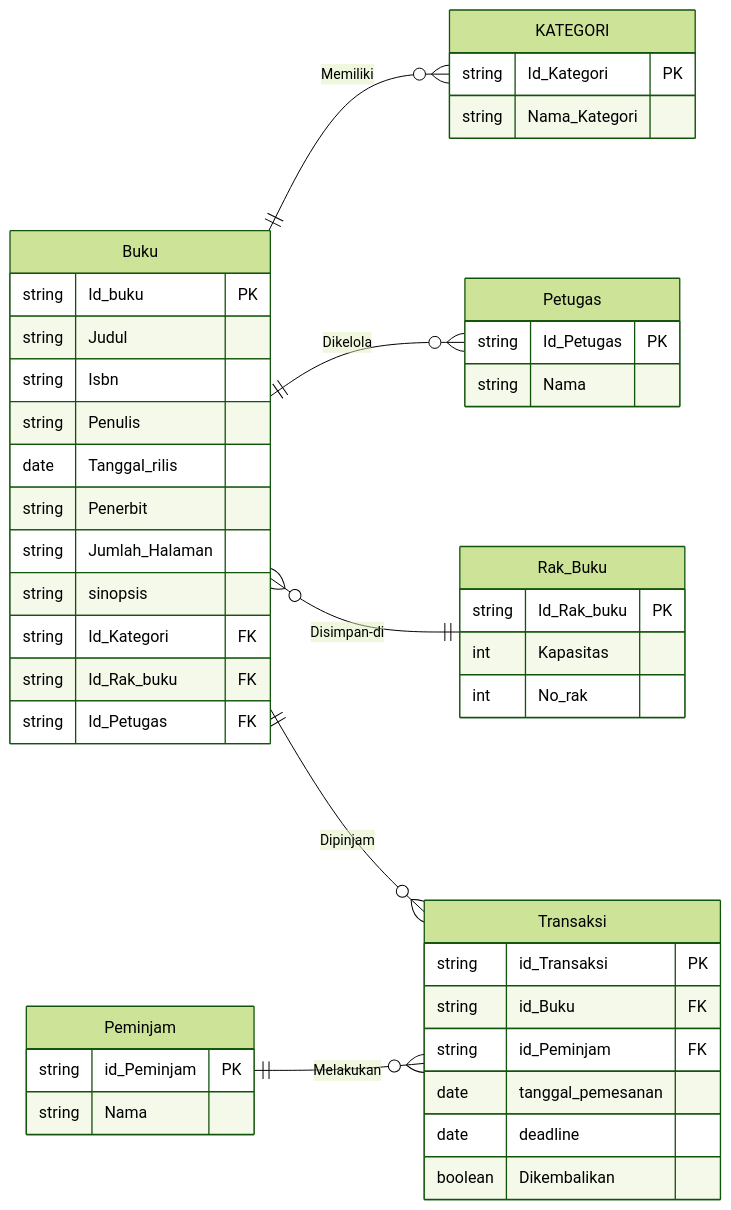
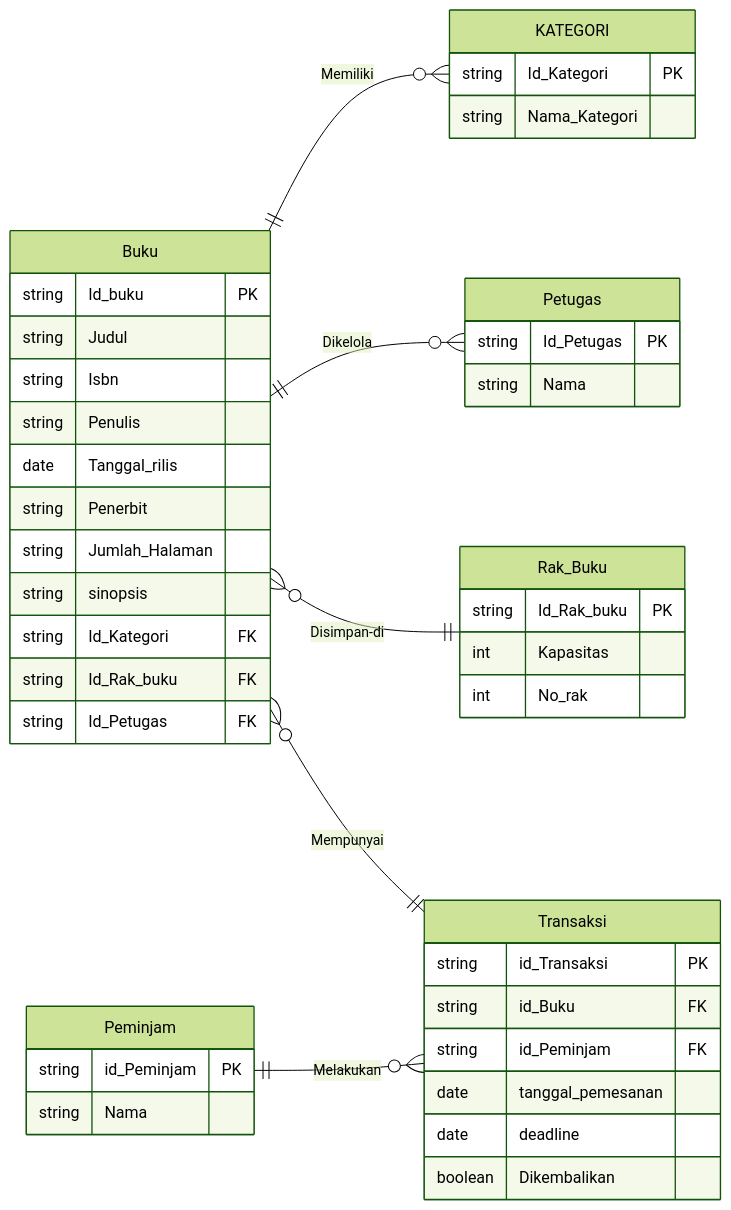
Before and after one commit to HN721/fgo24-db-erd: the diagram in readme.md, drawn with Mermaid (forest theme). The commit also changed other lines of this file, not shown here.

````diff
--- a/readme.md
+++ b/readme.md
@@ -4,56 +5,56 @@
 ```mermaid
 
 erDiagram
 direction LR
     Buku  ||--o{ KATEGORI : Memiliki
     Buku ||--o{ Petugas : Dikelola
     Buku }o--||Rak_Buku: Disimpan-di
-    Buku ||--o{ Transaksi : Dipinjam
-Peminjam ||--o{ Transaksi : Melakukan
+    Buku }o--|| Transaksi : Mempunyai
+    Peminjam||--o{Transaksi : Melakukan
 
 
     Buku {
         string Id_buku PK
         string Judul
         string Isbn
         string Penulis
         date Tanggal_rilis
         string Penerbit
         string Jumlah_Halaman
         string sinopsis
         string Id_Kategori FK
         string Id_Rak_buku FK
         string Id_Petugas FK
     }
     KATEGORI
     KATEGORI {
         string Id_Kategori PK
         string Nama_Kategori
     }
     Rak_Buku {
         string Id_Rak_buku PK
         int Kapasitas
         int No_rak
 
     }
     Petugas {
         string Id_Petugas PK
         string Nama
     }
     Peminjam{
         string id_Peminjam PK
         string Nama
     }
 
     Transaksi{
         string id_Transaksi PK
         string id_Buku FK
         string id_Peminjam FK
         date tanggal_pemesanan
         date deadline
         boolean Dikembalikan
 
 
     }
 
 ```
````
